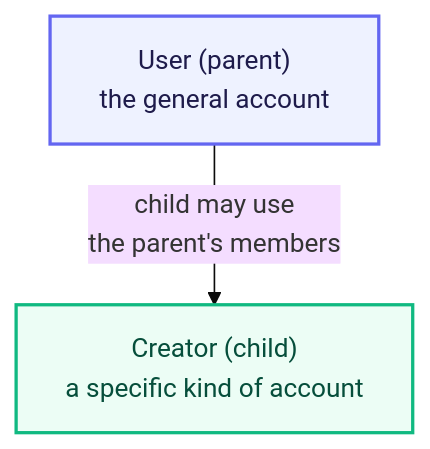
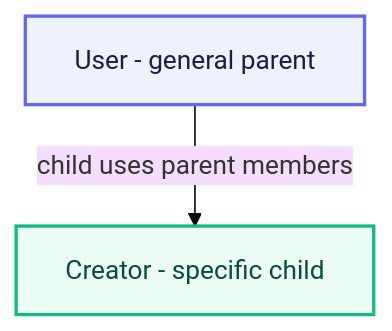
One commit to VishnuKumpati/Python-foundations changed the first of 6 diagrams in modules/p4-classes-objects/unit-4-4-inheritance.md. Above: the diagram before and after it, drawn with Mermaid (base theme). The commit also changed other lines of this file, not shown here.

````diff
--- a/modules/p4-classes-objects/unit-4-4-inheritance.md
+++ b/modules/p4-classes-objects/unit-4-4-inheritance.md
@@ -83,10 +83,10 @@
 ```mermaid
 flowchart TD
-    P["User (parent)<br/>the general account"] -->|"child may use<br/>the parent's members"| C["Creator (child)<br/>a specific kind of account"]
+    P["User - general parent"] -->|"child uses parent members"| C["Creator - specific child"]
 
     classDef parent fill:#EEF2FF,stroke:#6366F1,stroke-width:2px,color:#1E1B4B
     classDef child fill:#ECFDF5,stroke:#10B981,stroke-width:2px,color:#064E3B
 
     class P parent
     class C child
 ```
````
